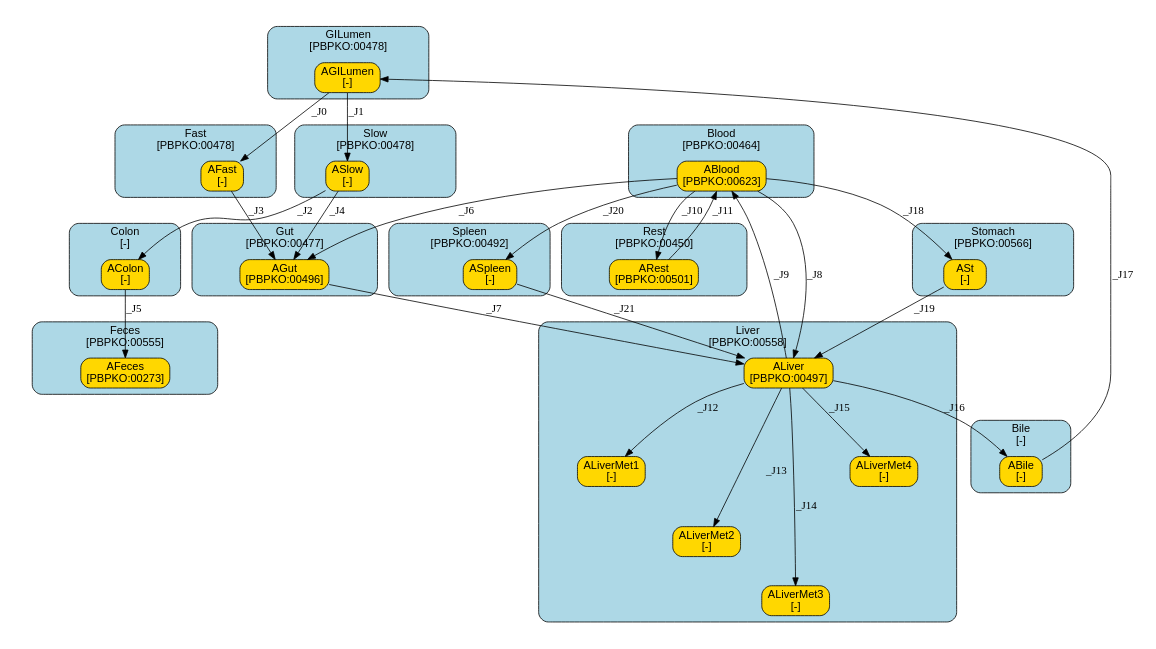
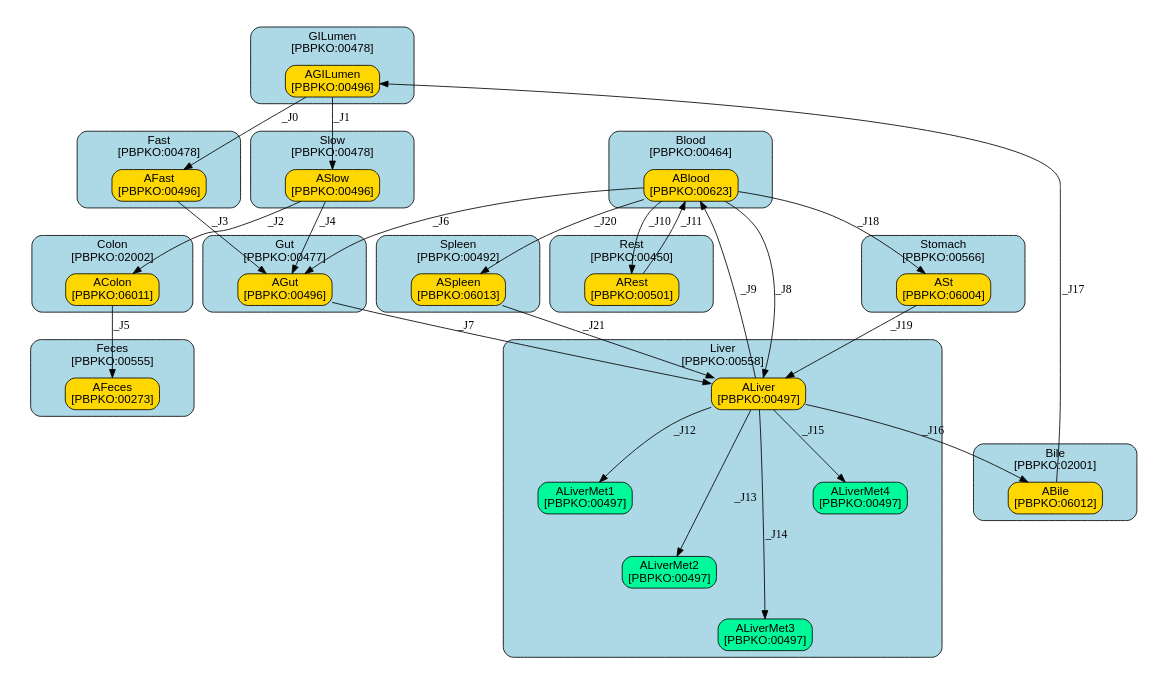
One commit to fair-pbk/exposure-route-pbk-models changed the diagram in models/oral/Mycotoxins/Mukherjee/summary.dot. Above: the diagram before and after it, drawn with Graphviz. The commit also changed 174 other files, not shown here.

```diff
--- a/models/oral/Mycotoxins/Mukherjee/summary.dot
+++ b/models/oral/Mycotoxins/Mukherjee/summary.dot
@@ -17,7 +17,7 @@
 			fillcolor=gold,
 			href="#species-AGILumen",
 			label="AGILumen
-[-]",
+[PBPKO:00496]",
 			shape=box,
 			style="filled,rounded"];
 	}
@@ -35,7 +35,7 @@
 			fillcolor=gold,
 			href="#species-AFast",
 			label="AFast
-[-]",
+[PBPKO:00496]",
 			shape=box,
 			style="filled,rounded"];
 	}
@@ -53,7 +53,7 @@
 			fillcolor=gold,
 			href="#species-ASlow",
 			label="ASlow
-[-]",
+[PBPKO:00496]",
 			shape=box,
 			style="filled,rounded"];
 	}
@@ -63,7 +63,7 @@
 			fontname=Arial,
 			href="#compartment-Colon",
 			label="Colon
-[-]",
+[PBPKO:02002]",
 			shape=box,
 			style="filled,rounded"
 		];
@@ -71,7 +71,7 @@
 			fillcolor=gold,
 			href="#species-AColon",
 			label="AColon
-[-]",
+[PBPKO:06011]",
 			shape=box,
 			style="filled,rounded"];
 	}
@@ -111,31 +111,31 @@
 			shape=box,
 			style="filled,rounded"];
 		ALiverMet1	[color=black,
-			fillcolor=gold,
+			fillcolor=mediumspringgreen,
 			href="#species-ALiverMet1",
 			label="ALiverMet1
-[-]",
+[PBPKO:00497]",
 			shape=box,
 			style="filled,rounded"];
 		ALiverMet2	[color=black,
-			fillcolor=gold,
+			fillcolor=mediumspringgreen,
 			href="#species-ALiverMet2",
 			label="ALiverMet2
-[-]",
+[PBPKO:00497]",
 			shape=box,
 			style="filled,rounded"];
 		ALiverMet3	[color=black,
-			fillcolor=gold,
+			fillcolor=mediumspringgreen,
 			href="#species-ALiverMet3",
 			label="ALiverMet3
-[-]",
+[PBPKO:00497]",
 			shape=box,
 			style="filled,rounded"];
 		ALiverMet4	[color=black,
-			fillcolor=gold,
+			fillcolor=mediumspringgreen,
 			href="#species-ALiverMet4",
 			label="ALiverMet4
-[-]",
+[PBPKO:00497]",
 			shape=box,
 			style="filled,rounded"];
 	}
@@ -181,7 +181,7 @@
 			fontname=Arial,
 			href="#compartment-Bile",
 			label="Bile
-[-]",
+[PBPKO:02001]",
 			shape=box,
 			style="filled,rounded"
 		];
@@ -189,7 +189,7 @@
 			fillcolor=gold,
 			href="#species-ABile",
 			label="ABile
-[-]",
+[PBPKO:06012]",
 			shape=box,
 			style="filled,rounded"];
 	}
@@ -225,7 +225,7 @@
 			fillcolor=gold,
 			href="#species-ASt",
 			label="ASt
-[-]",
+[PBPKO:06004]",
 			shape=box,
 			style="filled,rounded"];
 	}
@@ -243,7 +243,7 @@
 			fillcolor=gold,
 			href="#species-ASpleen",
 			label="ASpleen
-[-]",
+[PBPKO:06013]",
 			shape=box,
 			style="filled,rounded"];
 	}
```
